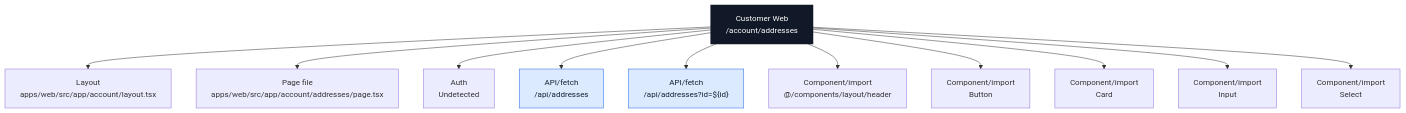
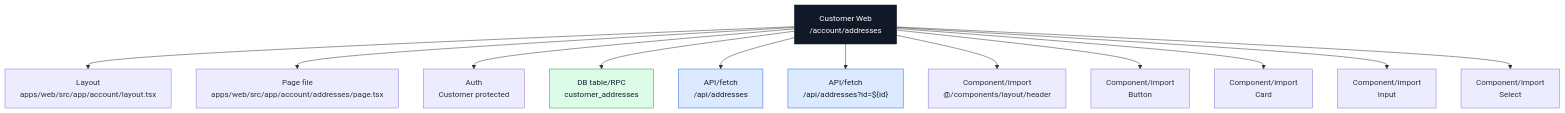
One commit to Ritenoob/ridendine-marketplace changed the second of 23 diagrams in docs/architecture/codebase-map/pages/web-pages.md. Above: the diagram before and after it, drawn with Mermaid. The commit also changed other lines of this file and 34 other files, not shown here.

````diff
--- a/docs/architecture/codebase-map/pages/web-pages.md
+++ b/docs/architecture/codebase-map/pages/web-pages.md
@@ -85,30 +85,33 @@
 ```mermaid
 flowchart TB
   Page["Customer Web<br/>/account/addresses"]
   Layout["Layout<br/>apps/web/src/app/account/layout.tsx"]
   File["Page file<br/>apps/web/src/app/account/addresses/page.tsx"]
-  Auth["Auth<br/>Undetected"]
+  Auth["Auth<br/>Customer protected"]
   Page --> Layout
   Page --> File
   Page --> Auth
+  Table0["DB table/RPC<br/>customer_addresses"]
+  Page --> Table0
   Api0["API/fetch<br/>/api/addresses"]
   Page --> Api0
   Api1["API/fetch<br/>/api/addresses?id=${id}"]
   Page --> Api1
   Component0["Component/import<br/>@/components/layout/header"]
   Page --> Component0
   Component1["Component/import<br/>Button"]
   Page --> Component1
   Component2["Component/import<br/>Card"]
   Page --> Component2
   Component3["Component/import<br/>Input"]
   Page --> Component3
   Component4["Component/import<br/>Select"]
   Page --> Component4
   classDef page fill:#111827,stroke:#111827,color:#ffffff
   classDef data fill:#dcfce7,stroke:#16a34a,color:#172033
   classDef api fill:#dbeafe,stroke:#2563eb,color:#172033
   classDef warn fill:#fef3c7,stroke:#f59e0b,color:#172033
   class Page page
+  class Table0 data
   class Api0,Api1 api
 ```
````
